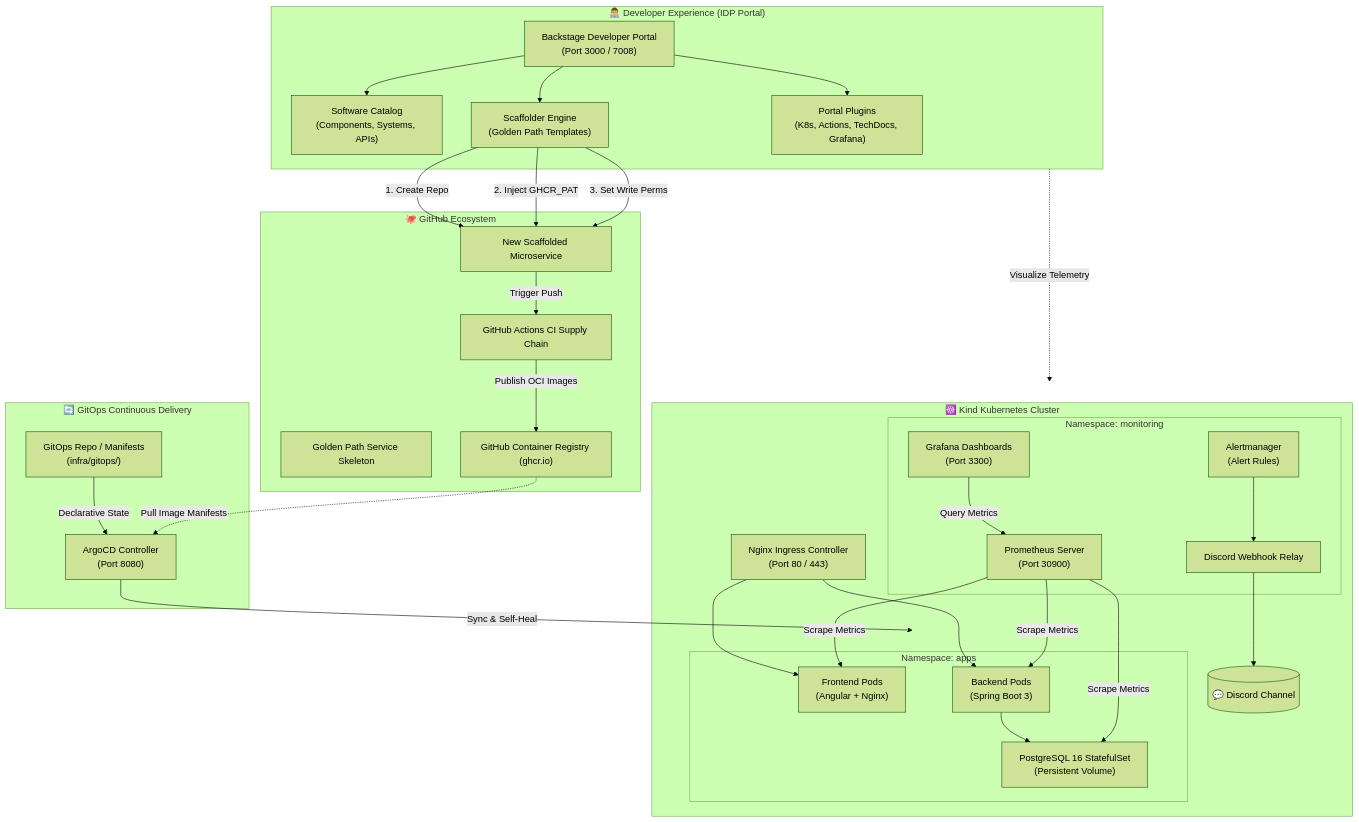
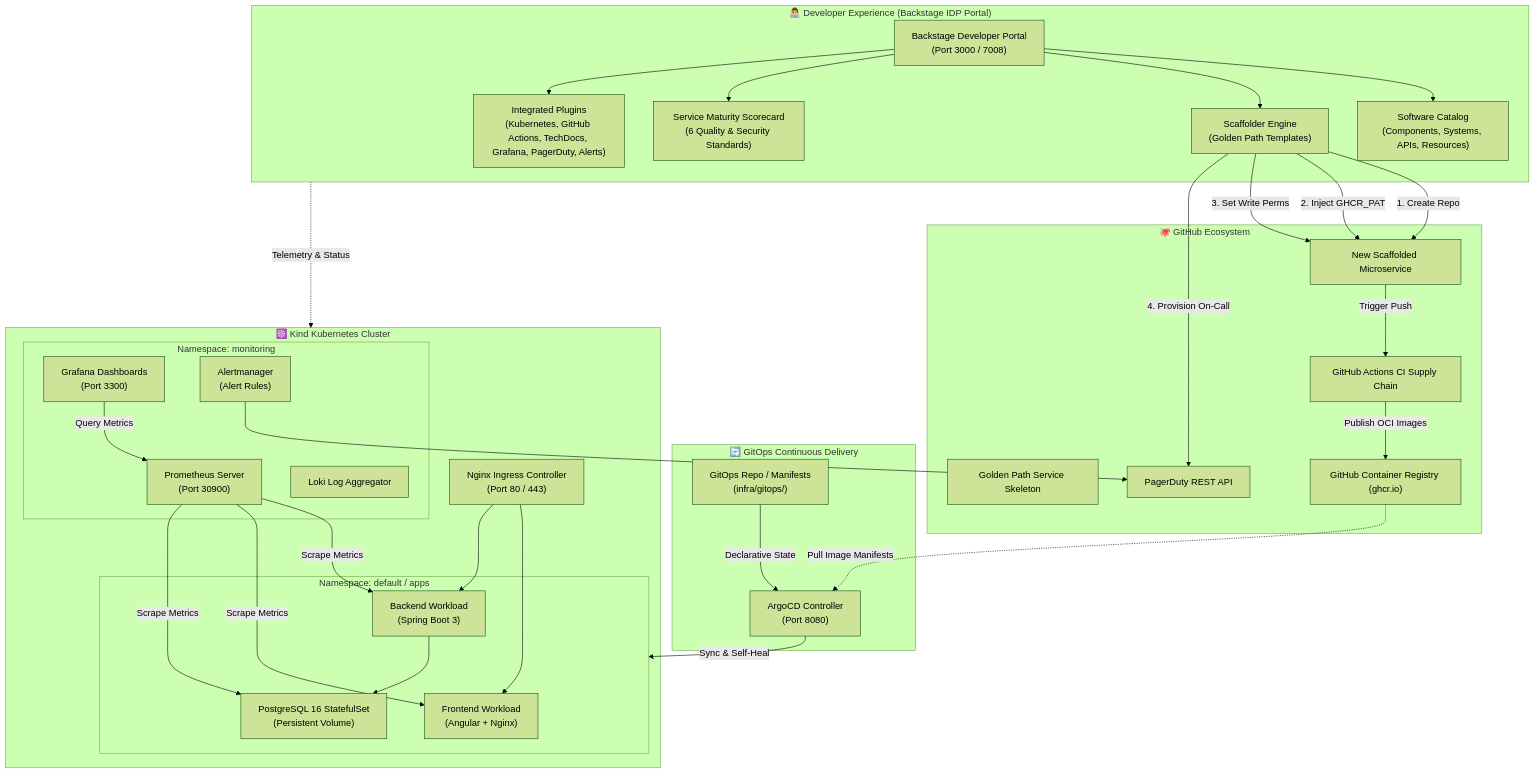
One commit to FatmaMejri1/idp-backstage changed the first of 3 diagrams in README.md. Above: the diagram before and after it, drawn with Mermaid (forest theme). The commit also changed other lines of this file, not shown here.

Commit message:
docs: update root README with scorecards, automated on-call, and architecture updates

````diff
--- a/README.md
+++ b/README.md
@@ -53,56 +60,58 @@
 ```mermaid
 flowchart TB
-    subgraph DevExperience["👨‍💻 Developer Experience (IDP Portal)"]
+    subgraph DevExperience["👨‍💻 Developer Experience (Backstage IDP Portal)"]
         Backstage["Backstage Developer Portal<br/>(Port 3000 / 7008)"]
-        Catalog["Software Catalog<br/>(Components, Systems, APIs)"]
+        Catalog["Software Catalog<br/>(Components, Systems, APIs, Resources)"]
         Scaffolder["Scaffolder Engine<br/>(Golden Path Templates)"]
-        Plugins["Portal Plugins<br/>(K8s, Actions, TechDocs, Grafana)"]
-        Backstage --> Catalog & Scaffolder & Plugins
+        Scorecard["Service Maturity Scorecard<br/>(6 Quality & Security Standards)"]
+        Plugins["Integrated Plugins<br/>(Kubernetes, GitHub Actions, TechDocs, Grafana, PagerDuty, Alerts)"]
+        Backstage --> Catalog & Scaffolder & Scorecard & Plugins
     end
 
     subgraph GitHubControl["🐙 GitHub Ecosystem"]
         TemplateRepo["Golden Path Service Skeleton"]
         NewRepo["New Scaffolded Microservice"]
         GHA["GitHub Actions CI Supply Chain"]
         GHCR["GitHub Container Registry (ghcr.io)"]
         
         Scaffolder -->|1. Create Repo| NewRepo
         Scaffolder -->|2. Inject GHCR_PAT| NewRepo
         Scaffolder -->|3. Set Write Perms| NewRepo
+        Scaffolder -->|4. Provision On-Call| PagerDutyAPI["PagerDuty REST API"]
         NewRepo -->|Trigger Push| GHA
         GHA -->|Publish OCI Images| GHCR
     end
 
     subgraph GitOpsEngine["🔄 GitOps Continuous Delivery"]
         GitOpsRepo["GitOps Repo / Manifests<br/>(infra/gitops/)"]
         ArgoCD["ArgoCD Controller<br/>(Port 8080)"]
         GitOpsRepo -->|Declarative State| ArgoCD
         GHCR -.->|Pull Image Manifests| ArgoCD
     end
 
     subgraph KubernetesCluster["☸️ Kind Kubernetes Cluster"]
         Ingress["Nginx Ingress Controller<br/>(Port 80 / 443)"]
         
-        subgraph AppsNS["Namespace: apps"]
-            CRM_FE["Frontend Pods<br/>(Angular + Nginx)"]
-            CRM_BE["Backend Pods<br/>(Spring Boot 3)"]
+        subgraph AppsNS["Namespace: default / apps"]
+            CRM_FE["Frontend Workload<br/>(Angular + Nginx)"]
+            CRM_BE["Backend Workload<br/>(Spring Boot 3)"]
             CRM_DB["PostgreSQL 16 StatefulSet<br/>(Persistent Volume)"]
         end
 
         subgraph MonitoringNS["Namespace: monitoring"]
             Prometheus["Prometheus Server<br/>(Port 30900)"]
             Grafana["Grafana Dashboards<br/>(Port 3300)"]
+            Loki["Loki Log Aggregator"]
             Alertmanager["Alertmanager<br/>(Alert Rules)"]
-            DiscordRelay["Discord Webhook Relay"]
         end
 
         ArgoCD -->|Sync & Self-Heal| AppsNS
         Ingress --> CRM_FE & CRM_BE
         CRM_BE --> CRM_DB
         Prometheus -->|Scrape Metrics| CRM_BE & CRM_FE & CRM_DB
-        Alertmanager --> DiscordRelay --> Discord[("💬 Discord Channel")]
+        Alertmanager --> PagerDutyAPI
         Grafana -->|Query Metrics| Prometheus
     end
 
-    DevExperience -.->|Visualize Telemetry| KubernetesCluster
+    DevExperience -.->|Telemetry & Status| KubernetesCluster
 ```
````
